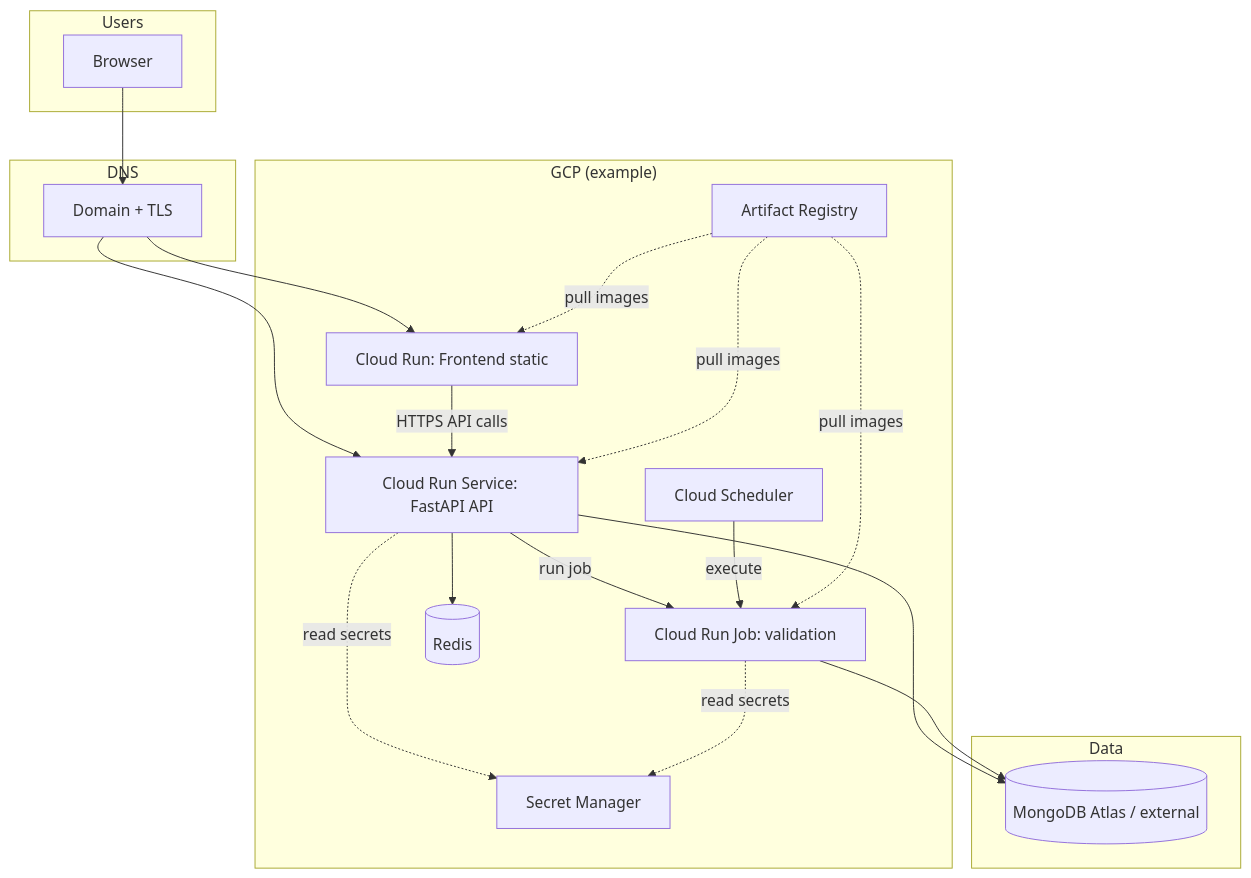
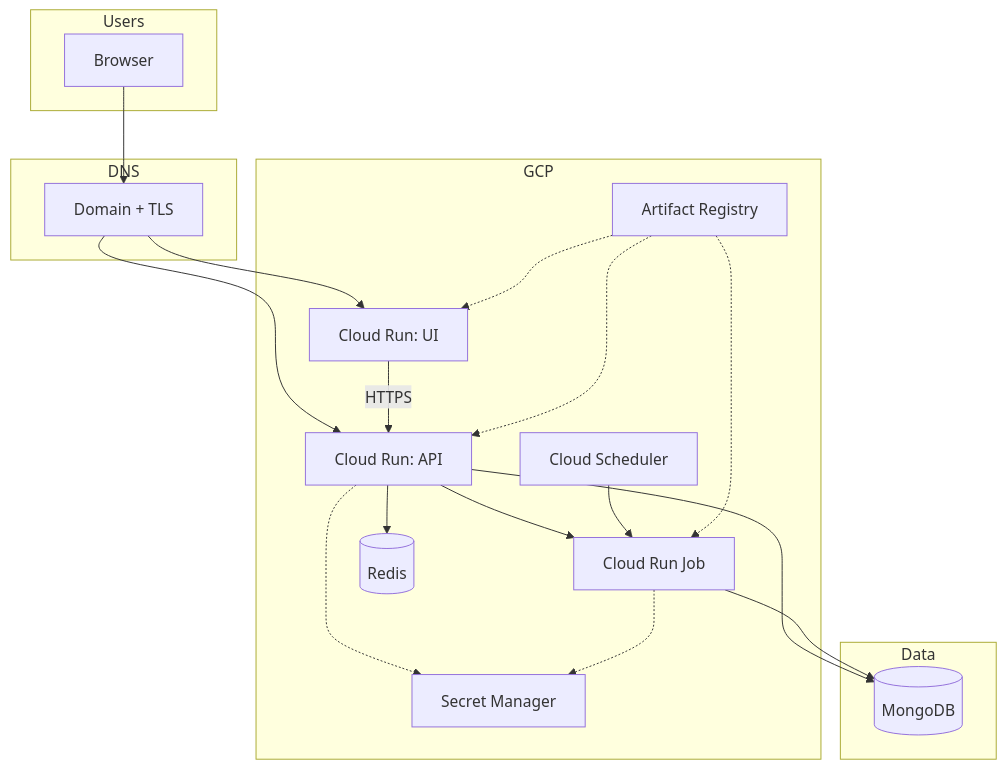
Before and after one commit to UttU28/Saral-Job-Viewer: the diagram in docs/CICD-FULL-STACK.md, drawn with Mermaid. The commit also changed other lines of this file and 8 other files, not shown here.

````diff
--- a/docs/CICD-FULL-STACK.md
+++ b/docs/CICD-FULL-STACK.md
@@ -85,39 +79,35 @@
 ```mermaid
 flowchart TB
   subgraph Users
     U[Browser]
   end
-
   subgraph DNS
     D[Domain + TLS]
   end
-
-  subgraph GCP["GCP (example)"]
-    FE[Cloud Run: Frontend static]
-    API[Cloud Run Service: FastAPI API]
-    JOB[Cloud Run Job: validation]
+  subgraph GCP["GCP"]
+    FE[Cloud Run: UI]
+    API[Cloud Run: API]
+    JOB[Cloud Run Job]
     R[(Redis)]
     SM[Secret Manager]
     AR[Artifact Registry]
     SCH[Cloud Scheduler]
   end
-
   subgraph Data
-    M[(MongoDB Atlas / external)]
+    M[(MongoDB)]
   end
-
   U --> D
   D --> FE
   D --> API
-  FE -->|HTTPS API calls| API
+  FE -->|HTTPS| API
   API --> R
   API --> M
-  API -->|run job| JOB
+  API --> JOB
   JOB --> M
-  SCH -->|execute| JOB
-  API -.->|read secrets| SM
-  JOB -.->|read secrets| SM
-  AR -.->|pull images| FE
-  AR -.->|pull images| API
-  AR -.->|pull images| JOB
+  SCH --> JOB
+  API -.-> SM
+  JOB -.-> SM
+  AR -.-> FE
+  AR -.-> API
+  AR -.-> JOB
 ```
````
